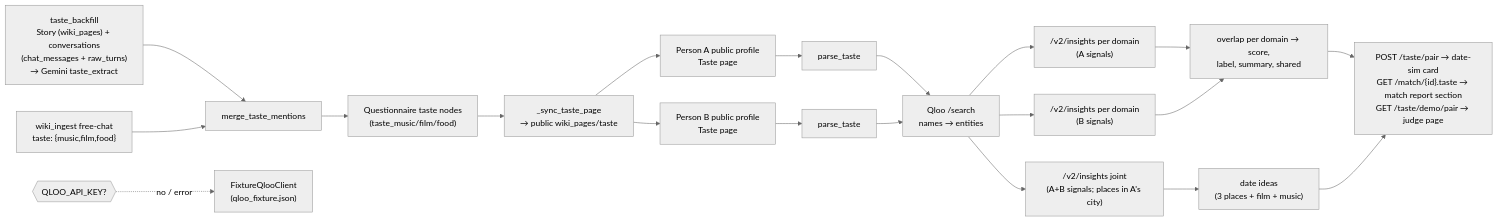
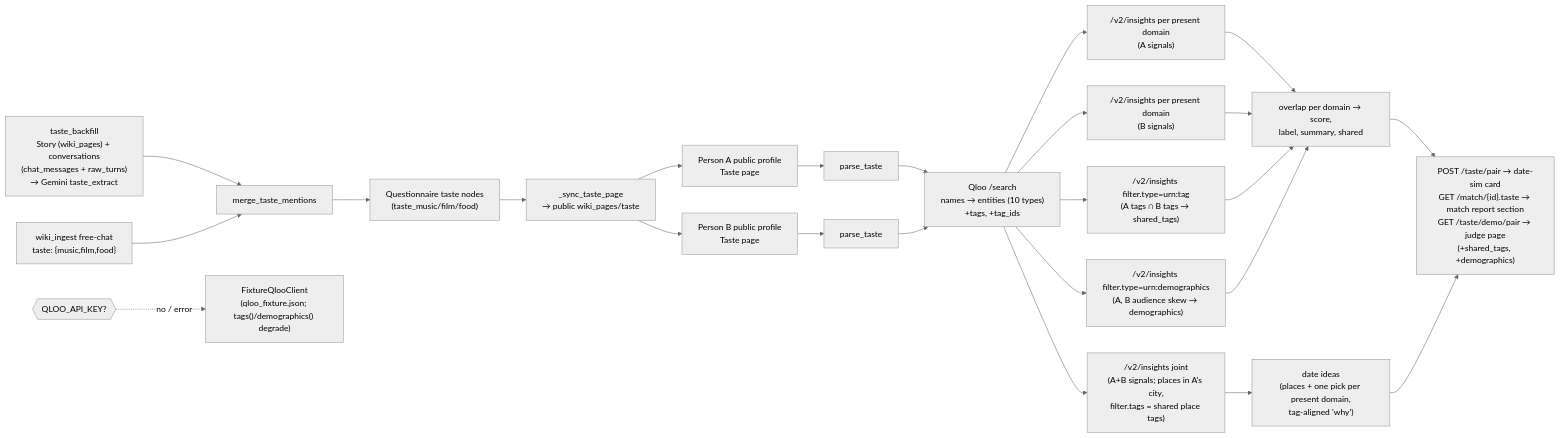
Diagram 13 of 13 in docs/ARCHITECTURE.md (suhailps93/ayma-v2), drawn with Mermaid (neutral theme) before and after one commit. The commit also changed other lines of this file and 2 other files, not shown here.

First line of the commit message:
docs(qloo): enumerate full Qloo surface (depth writeup), diagram, follow-ups

````diff
--- a/docs/ARCHITECTURE.md
+++ b/docs/ARCHITECTURE.md
@@ -2325,19 +2354,23 @@
 ```mermaid
 flowchart LR
   BF["taste_backfill<br/>Story (wiki_pages) + conversations<br/>(chat_messages + raw_turns)<br/>→ Gemini taste_extract"] --> MTM["merge_taste_mentions"]
   WI["wiki_ingest free-chat<br/>taste: {music,film,food}"] --> MTM
   MTM --> QZ["Questionnaire taste nodes<br/>(taste_music/film/food)"]
   QZ --> SYNC["_sync_taste_page<br/>→ public wiki_pages/taste"]
   SYNC --> A
   SYNC --> B
   A["Person A public profile<br/>Taste page"] --> PA["parse_taste"]
   B["Person B public profile<br/>Taste page"] --> PB["parse_taste"]
-  PA & PB --> RES["Qloo /search<br/>names → entities"]
-  RES --> RA["/v2/insights per domain<br/>(A signals)"]
-  RES --> RB["/v2/insights per domain<br/>(B signals)"]
-  RES --> RJ["/v2/insights joint<br/>(A+B signals; places in A's city)"]
+  PA & PB --> RES["Qloo /search<br/>names → entities (10 types)<br/>+tags, +tag_ids"]
+  RES --> RA["/v2/insights per present domain<br/>(A signals)"]
+  RES --> RB["/v2/insights per present domain<br/>(B signals)"]
+  RES --> RJ["/v2/insights joint<br/>(A+B signals; places in A's city,<br/>filter.tags = shared place tags)"]
+  RES --> TG["/v2/insights filter.type=urn:tag<br/>(A tags ∩ B tags → shared_tags)"]
+  RES --> DM["/v2/insights filter.type=urn:demographics<br/>(A, B audience skew → demographics)"]
   RA & RB --> SC["overlap per domain → score,<br/>label, summary, shared"]
-  RJ --> DI["date ideas<br/>(3 places + film + music)"]
-  SC & DI --> OUT["POST /taste/pair → date-sim card<br/>GET /match/{id}.taste → match report section<br/>GET /taste/demo/pair → judge page"]
-  Q{{"QLOO_API_KEY?"}} -.no / error.-> FX["FixtureQlooClient<br/>(qloo_fixture.json)"]
+  TG --> SC
+  DM --> SC
+  RJ --> DI["date ideas<br/>(places + one pick per present domain,<br/>tag-aligned 'why')"]
+  SC & DI --> OUT["POST /taste/pair → date-sim card<br/>GET /match/{id}.taste → match report section<br/>GET /taste/demo/pair → judge page<br/>(+shared_tags, +demographics)"]
+  Q{{"QLOO_API_KEY?"}} -.no / error.-> FX["FixtureQlooClient<br/>(qloo_fixture.json; tags()/demographics() degrade)"]
 ```
````
